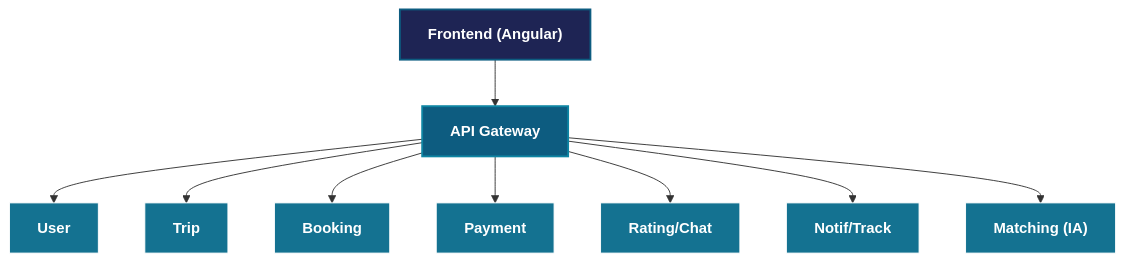
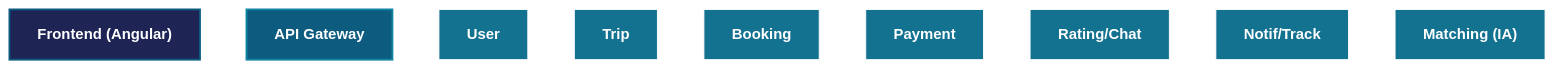
One commit to Baccari-ibtihel/SmartRide changed the diagram in Documentation/Diagrams/Architecture_Globale.mermaid. Above: the diagram before and after it, drawn with Mermaid. The commit also changed 1 other file, not shown here.

Commit message:
docs: set Architecture_Globale diagram to exact unlinked blocks matching slide photo

```diff
--- a/Documentation/Diagrams/Architecture_Globale.mermaid
+++ b/Documentation/Diagrams/Architecture_Globale.mermaid
@@ -1,26 +1,16 @@
 graph TD
     classDef frontend fill:#1e2454,stroke:#0d5c80,stroke-width:2px,color:#ffffff,font-weight:bold;
     classDef gateway fill:#0d5c80,stroke:#0e85a3,stroke-width:2px,color:#ffffff,font-weight:bold;
     classDef service fill:#147291,stroke:#ffffff,stroke-width:1px,color:#ffffff,font-weight:bold;
 
     Frontend["Frontend (Angular)"]:::frontend
     Gateway["API Gateway"]:::gateway
 
     User["User"]:::service
     Trip["Trip"]:::service
     Booking["Booking"]:::service
     Payment["Payment"]:::service
 
     RatingChat["Rating/Chat"]:::service
     NotifTrack["Notif/Track"]:::service
     MatchingIA["Matching (IA)"]:::service
-
-    Frontend --> Gateway
-
-    Gateway --> User
-    Gateway --> Trip
-    Gateway --> Booking
-    Gateway --> Payment
-    Gateway --> RatingChat
-    Gateway --> NotifTrack
-    Gateway --> MatchingIA
```
